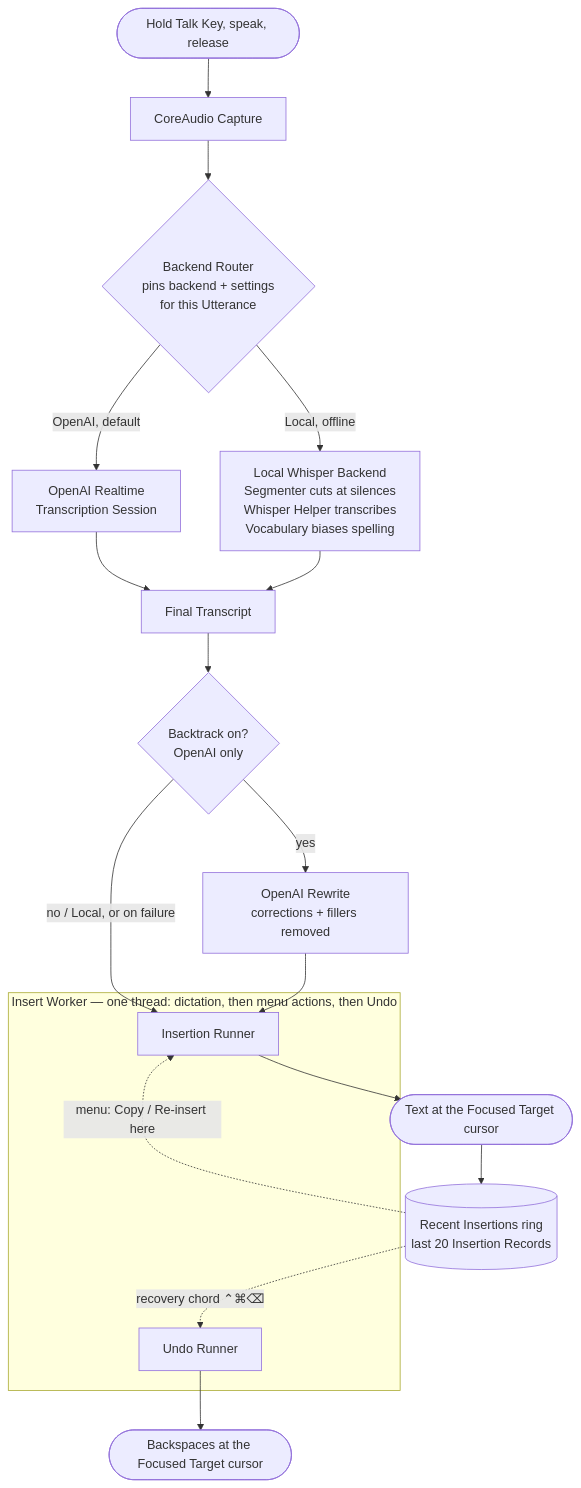
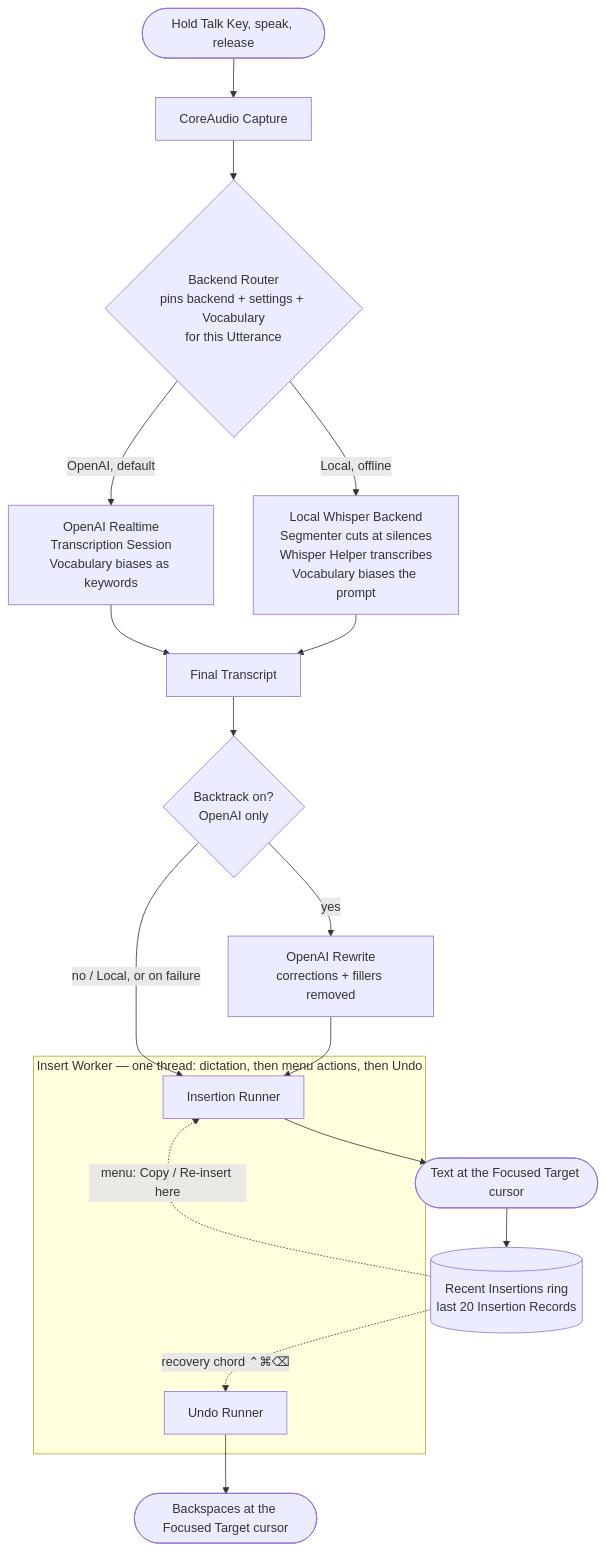
One commit to dbgeek/type-wave changed the diagram in README.md. Above: the diagram before and after it, drawn with Mermaid. The commit also changed other lines of this file and 1 other file, not shown here.

````diff
--- a/README.md
+++ b/README.md
@@ -26,24 +26,24 @@
 ```mermaid
 flowchart TD
     TK([Hold Talk Key, speak, release]) --> CAP[CoreAudio Capture]
-    CAP --> ROUTER{Backend Router<br/>pins backend + settings<br/>for this Utterance}
-    ROUTER -->|OpenAI, default| OA[OpenAI Realtime<br/>Transcription Session]
-    ROUTER -->|Local, offline| LW[Local Whisper Backend<br/>Segmenter cuts at silences<br/>Whisper Helper transcribes<br/>Vocabulary biases spelling]
+    CAP --> ROUTER{Backend Router<br/>pins backend + settings + Vocabulary<br/>for this Utterance}
+    ROUTER -->|OpenAI, default| OA[OpenAI Realtime<br/>Transcription Session<br/>Vocabulary biases as keywords]
+    ROUTER -->|Local, offline| LW[Local Whisper Backend<br/>Segmenter cuts at silences<br/>Whisper Helper transcribes<br/>Vocabulary biases the prompt]
     OA --> FT[Final Transcript]
     LW --> FT
     FT --> BT{Backtrack on?<br/>OpenAI only}
     BT -->|yes| RW[OpenAI Rewrite<br/>corrections + fillers removed]
     BT -->|no / Local, or on failure| IR
     RW --> IR
 
     subgraph IW ["Insert Worker — one thread: dictation, then menu actions, then Undo"]
         IR[Insertion Runner]
         UR[Undo Runner]
     end
 
     IR --> CUR([Text at the Focused Target cursor])
     UR --> DEL([Backspaces at the Focused Target cursor])
     CUR --> RING[(Recent Insertions ring<br/>last 20 Insertion Records)]
     RING -.->|menu: Copy / Re-insert here| IR
     RING -.->|recovery chord ⌃⌘⌫| UR
 ```
````
